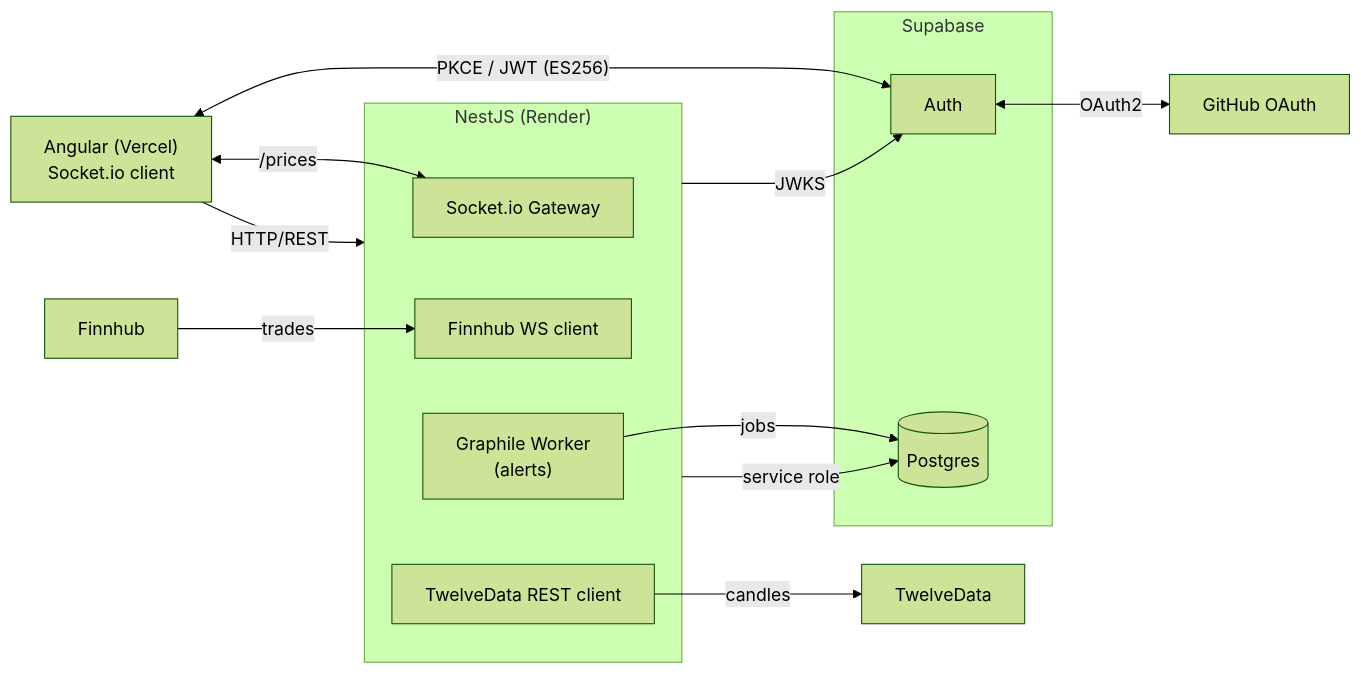
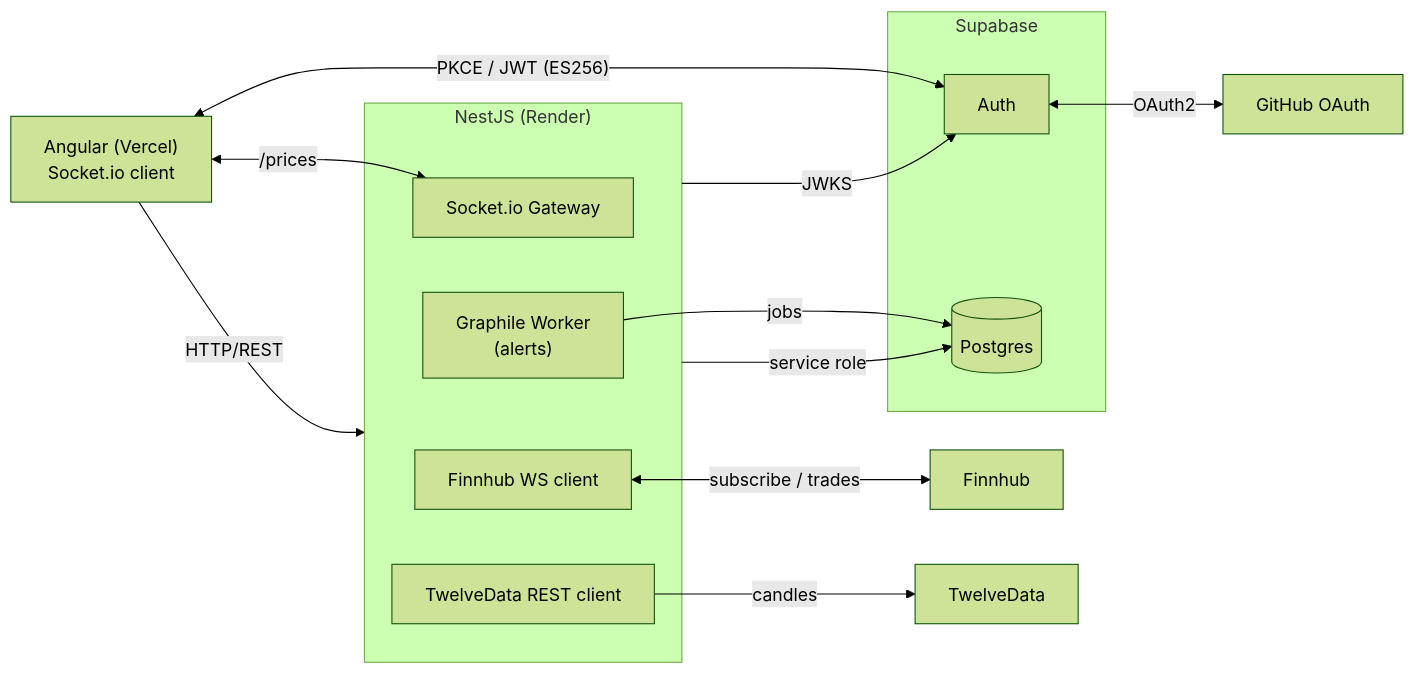
One commit to toruiwasa/pulseticker changed the diagram in README.md. Above: the diagram before and after it, drawn with Mermaid (forest theme).

Commit message:
fix(docs): draw the Finnhub WebSocket as bidirectional
Finnhub was a one-way `Finnhub -> WS client` arrow, which hid the
outbound half of the connection. finnhub.service.ts sends
`{type:'subscribe', symbol}` on open (:56) and on the 0 -> 1 refcount
transition (:110), plus `unsubscribe` on 1 -> 0 (:126); trades arrive on
`ws.on('message')` (:60). That outbound path is where Finnhub's 50-symbol
cap applies, so it is not a detail worth hiding.

The one-way arrow also made a WebSocket indistinguishable from
TwelveData's REST pull, while the browser's WebSocket alone got a
double-headed arrow. `<-->` now means one thing throughout: a persistent
duplex connection. Single-headed arrows are request/response or one-way.

Claude-Session: https://claude.ai/code/session_01CfRvz75mz1nSSagDeVrD6c

````diff
--- a/README.md
+++ b/README.md
@@ -19,29 +19,29 @@
 ```mermaid
 flowchart LR
     web["Angular (Vercel)<br/>Socket.io client"]
     gh["GitHub OAuth"]
     finnhub["Finnhub"]
     twelvedata["TwelveData"]
 
     subgraph api["NestJS (Render)"]
         gateway["Socket.io Gateway"]
         finnhubSvc["Finnhub WS client"]
         worker["Graphile Worker<br/>(alerts)"]
         twelveSvc["TwelveData REST client"]
     end
 
     subgraph supabase["Supabase"]
         auth["Auth"]
         pg[("Postgres")]
     end
 
     web -->|HTTP/REST| api
     web <-->|"/prices"| gateway
     web <-->|"PKCE / JWT (ES256)"| auth
     auth <-->|OAuth2| gh
     api -->|JWKS| auth
     api -->|service role| pg
-    finnhub -->|trades| finnhubSvc
+    finnhubSvc <-->|"subscribe / trades"| finnhub
     twelveSvc -->|candles| twelvedata
     worker -->|jobs| pg
 ```
````
